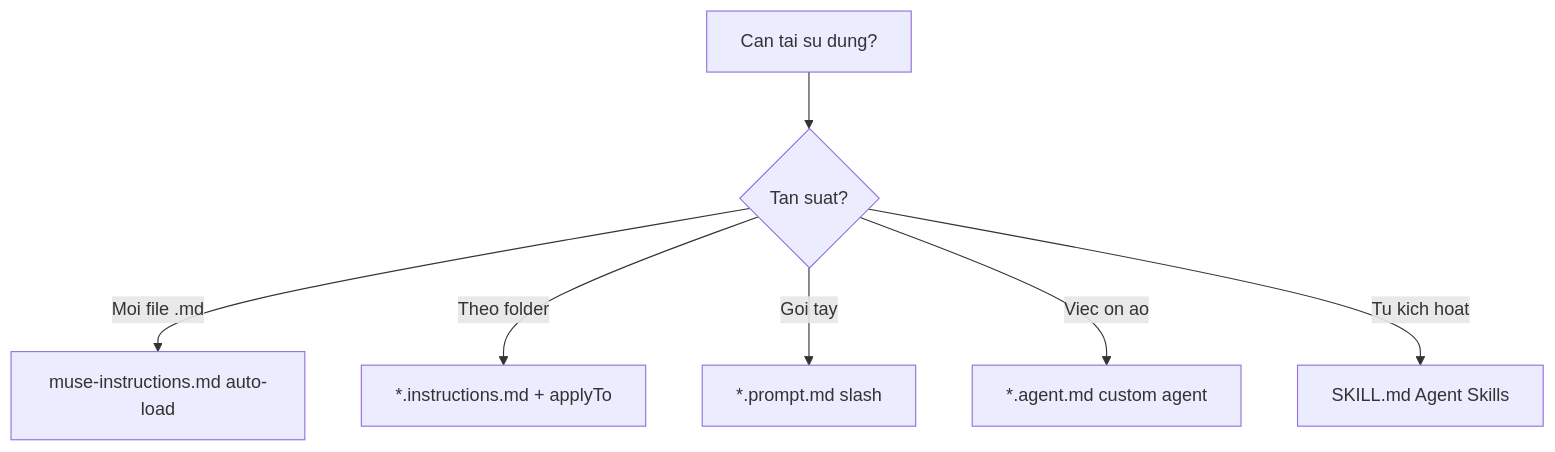
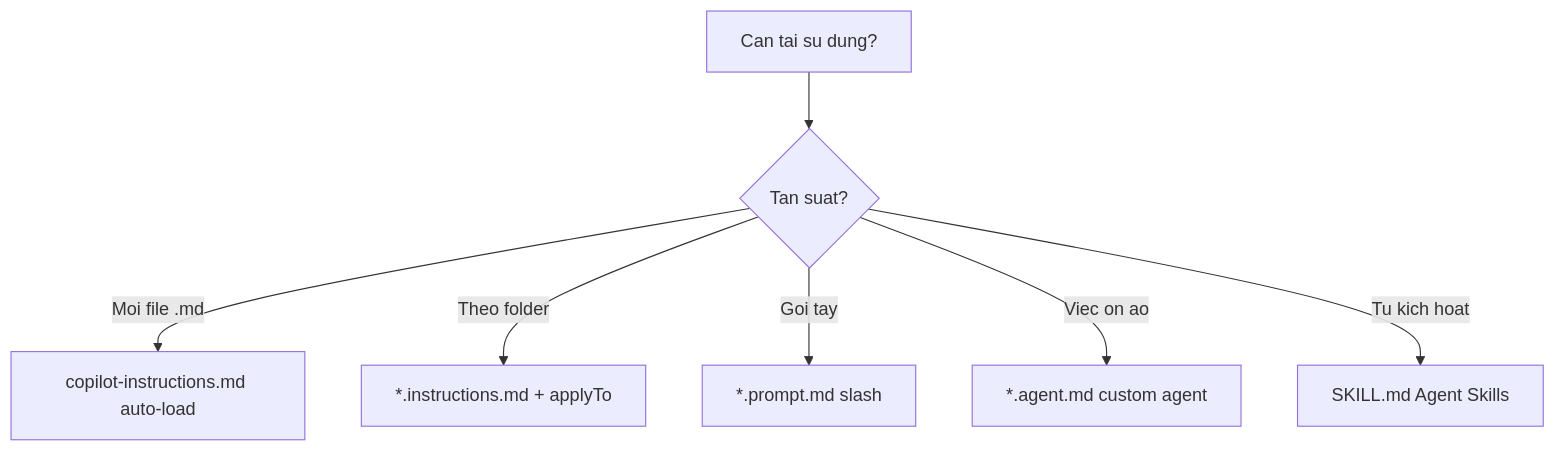
The diagram in 03-cau-hoi-thuong-gap/06-prompts-agents-instructions.md (nbhson/tutorial-github-copilot), drawn with Mermaid before and after one commit. The commit also changed other lines of this file and 96 other files, not shown here.

````diff
--- a/03-cau-hoi-thuong-gap/06-prompts-agents-instructions.md
+++ b/03-cau-hoi-thuong-gap/06-prompts-agents-instructions.md
@@ -11,9 +11,9 @@
 ```mermaid
 flowchart TD
     A[Can tai su dung?] --> B{Tan suat?}
-    B -->|Moi file .md| C[muse-instructions.md auto-load]
+    B -->|Moi file .md| C[copilot-instructions.md auto-load]
     B -->|Theo folder| D[*.instructions.md + applyTo]
     B -->|Goi tay| E[*.prompt.md slash]
     B -->|Viec on ao| F[*.agent.md custom agent]
     B -->|Tu kich hoat| G[SKILL.md Agent Skills]
 ```
````
